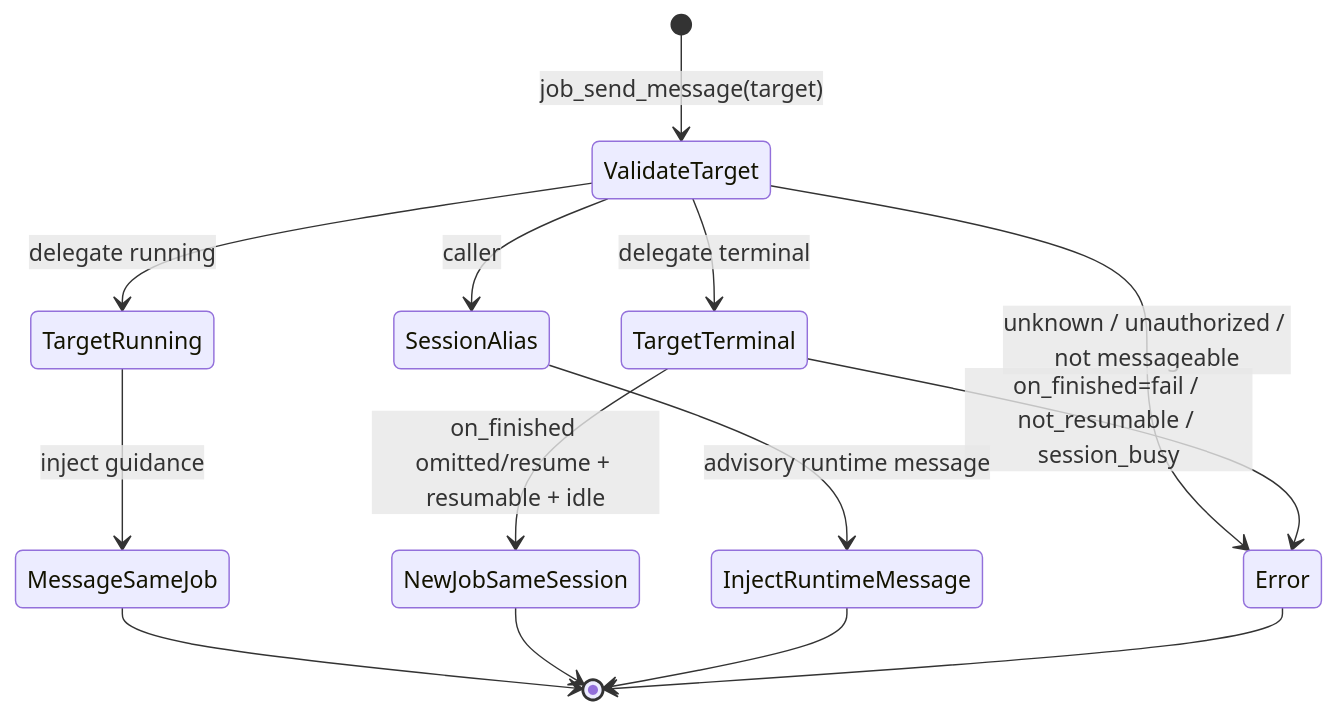
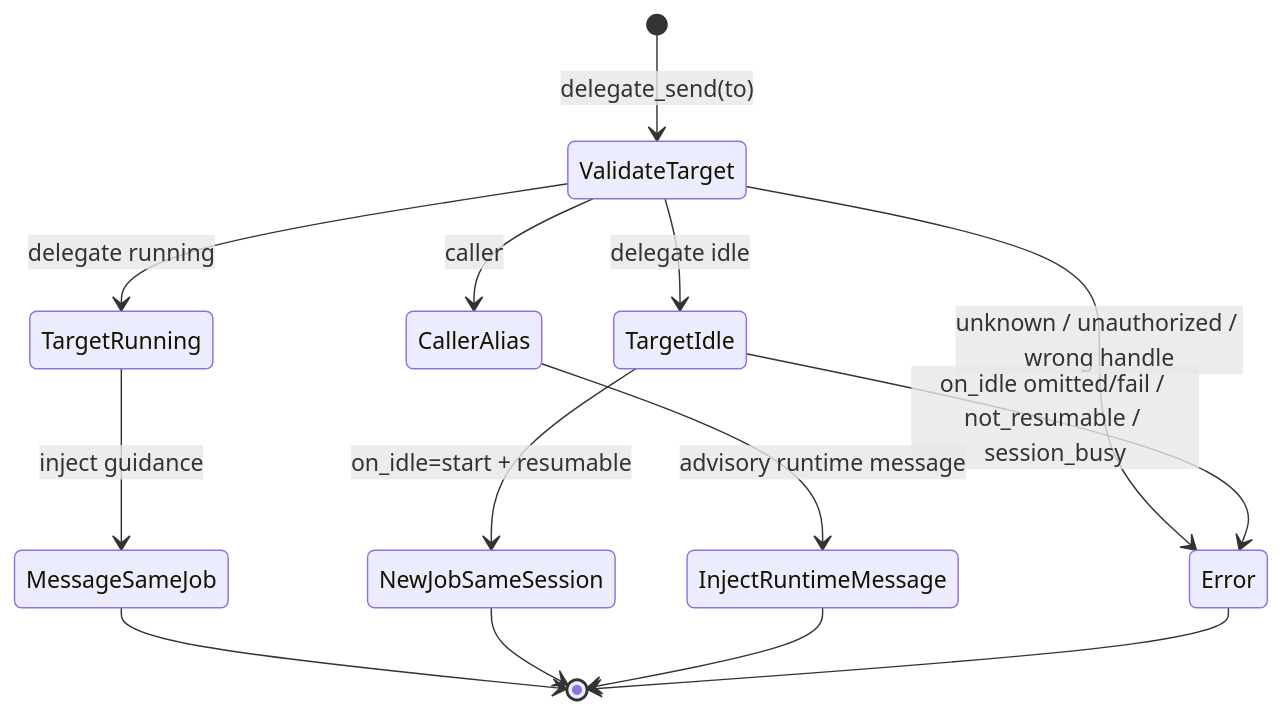
The second of 7 diagrams in docs/job-control.md (prime-radiant-inc/evener), drawn with Mermaid before and after one commit. The commit also changed other lines of this file and 19 other files, not shown here.

First line of the commit message:
docs(job-control): update handle split guidance and renderers

````diff
--- a/docs/job-control.md
+++ b/docs/job-control.md
@@ -409,16 +420,16 @@
 ```mermaid
 stateDiagram-v2
-    [*] --> ValidateTarget: job_send_message(target)
-    ValidateTarget --> Error: unknown / unauthorized / not messageable
+    [*] --> ValidateTarget: delegate_send(to)
+    ValidateTarget --> Error: unknown / unauthorized / wrong handle
     ValidateTarget --> TargetRunning: delegate running
-    ValidateTarget --> TargetTerminal: delegate terminal
-    ValidateTarget --> SessionAlias: caller
+    ValidateTarget --> TargetIdle: delegate idle
+    ValidateTarget --> CallerAlias: caller
     TargetRunning --> MessageSameJob: inject guidance
-    TargetTerminal --> NewJobSameSession: on_finished omitted/resume + resumable + idle
-    TargetTerminal --> Error: on_finished=fail / not_resumable / session_busy
-    SessionAlias --> InjectRuntimeMessage: advisory runtime message
+    TargetIdle --> NewJobSameSession: on_idle=start + resumable
+    TargetIdle --> Error: on_idle omitted/fail / not_resumable / session_busy
+    CallerAlias --> InjectRuntimeMessage: advisory runtime message
     MessageSameJob --> [*]
     NewJobSameSession --> [*]
     InjectRuntimeMessage --> [*]
     Error --> [*]
 ```
````
